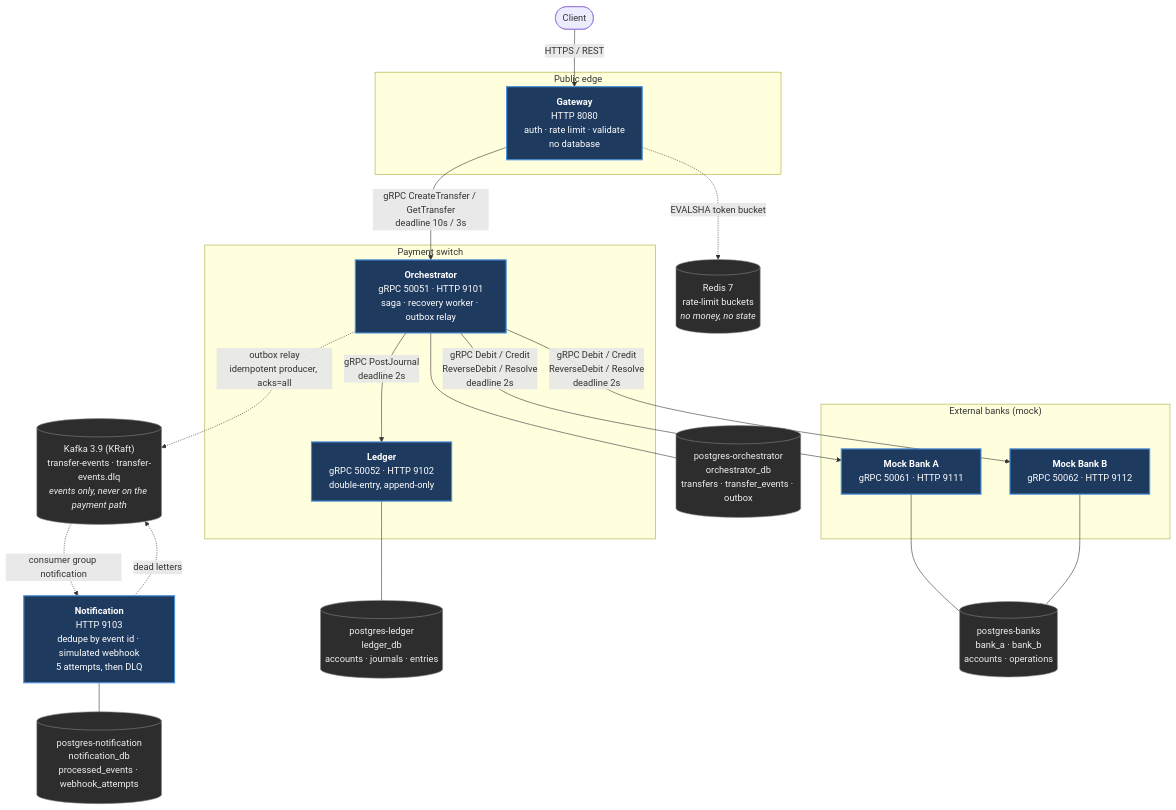
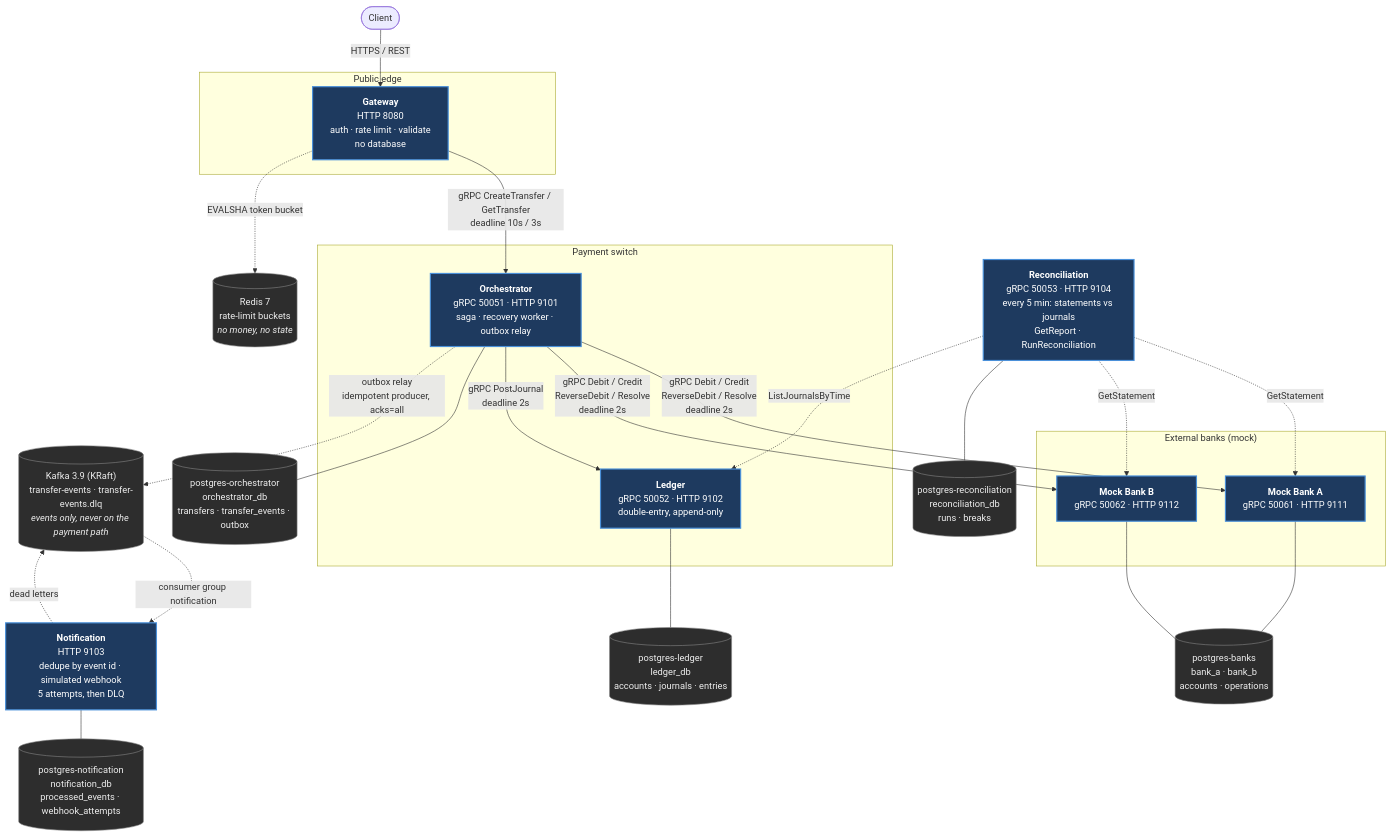
The diagram in docs/diagrams/architecture.mmd (rohan099dubey/payment-switch), drawn with Mermaid before and after one commit. The commit also changed 46 other files, not shown here.

```diff
--- a/docs/diagrams/architecture.mmd
+++ b/docs/diagrams/architecture.mmd
@@ -1,49 +1,56 @@
 %% System architecture: 4 services, 4 data stores.
 %% Source: ARCHITECTURE.md section 4, plus phase 2 item 1 (section 19, ADR-025): the
-%% transactional outbox and Kafka; item 2 (ADR-026): the notification service.
+%% transactional outbox and Kafka; item 2 (ADR-026): the notification service;
+%% item 3 (ADR-027): reconciliation.
 flowchart TB
     client([Client])
 
     subgraph edge["Public edge"]
         gw["<b>Gateway</b><br/>HTTP 8080<br/>auth · rate limit · validate<br/>no database"]
     end
 
     subgraph core["Payment switch"]
         orch["<b>Orchestrator</b><br/>gRPC 50051 · HTTP 9101<br/>saga · recovery worker · outbox relay"]
         ldg["<b>Ledger</b><br/>gRPC 50052 · HTTP 9102<br/>double-entry, append-only"]
     end
 
     subgraph ext["External banks (mock)"]
         bka["<b>Mock Bank A</b><br/>gRPC 50061 · HTTP 9111"]
         bkb["<b>Mock Bank B</b><br/>gRPC 50062 · HTTP 9112"]
     end
 
     redis[("Redis 7<br/>rate-limit buckets<br/><i>no money, no state</i>")]
     pgo[("postgres-orchestrator<br/>orchestrator_db<br/>transfers · transfer_events · outbox")]
     kafka[("Kafka 3.9 (KRaft)<br/>transfer-events · transfer-events.dlq<br/><i>events only, never on the payment path</i>")]
     notif["<b>Notification</b><br/>HTTP 9103<br/>dedupe by event id · simulated webhook<br/>5 attempts, then DLQ"]
     pgn[("postgres-notification<br/>notification_db<br/>processed_events · webhook_attempts")]
+    recon["<b>Reconciliation</b><br/>gRPC 50053 · HTTP 9104<br/>every 5 min: statements vs journals<br/>GetReport · RunReconciliation"]
+    pgr[("postgres-reconciliation<br/>reconciliation_db<br/>runs · breaks")]
     pgl[("postgres-ledger<br/>ledger_db<br/>accounts · journals · entries")]
     pgb[("postgres-banks<br/>bank_a · bank_b<br/>accounts · operations")]
 
     client -->|"HTTPS / REST"| gw
     gw -->|"gRPC CreateTransfer / GetTransfer<br/>deadline 10s / 3s"| orch
     gw -.->|"EVALSHA token bucket"| redis
 
     orch -->|"gRPC Debit / Credit<br/>ReverseDebit / Resolve<br/>deadline 2s"| bka
     orch -->|"gRPC Debit / Credit<br/>ReverseDebit / Resolve<br/>deadline 2s"| bkb
     orch -->|"gRPC PostJournal<br/>deadline 2s"| ldg
 
     orch --- pgo
     orch -.->|"outbox relay<br/>idempotent producer, acks=all"| kafka
     kafka -.->|"consumer group notification"| notif
     notif -.->|"dead letters"| kafka
     notif --- pgn
+    recon -.->|"GetStatement"| bka
+    recon -.->|"GetStatement"| bkb
+    recon -.->|"ListJournalsByTime"| ldg
+    recon --- pgr
     ldg --- pgl
     bka --- pgb
     bkb --- pgb
 
     classDef svc fill:#1e3a5f,stroke:#4a90d9,stroke-width:2px,color:#fff
     classDef store fill:#2d2d2d,stroke:#888,stroke-width:1px,color:#eee
-    class gw,orch,ldg,bka,bkb,notif svc
-    class redis,pgo,pgl,pgb,kafka,pgn store
+    class gw,orch,ldg,bka,bkb,notif,recon svc
+    class redis,pgo,pgl,pgb,kafka,pgn,pgr store
```
